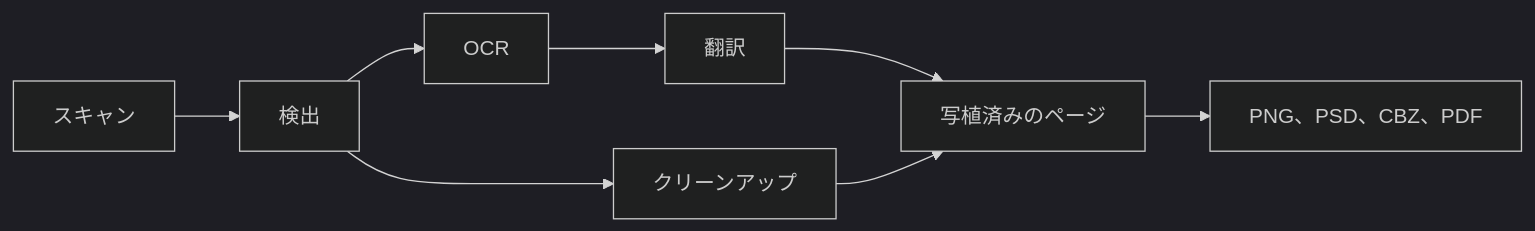
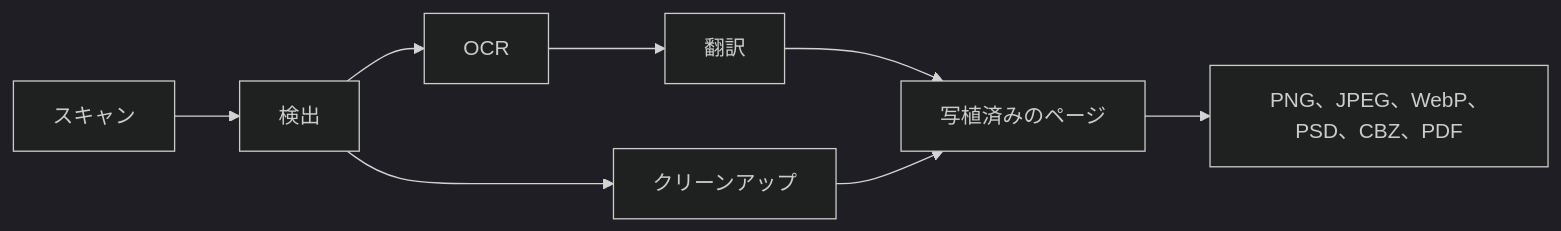
The diagram in packages/docs/ja/how-it-works/index.mdx (koharu-rs/koharu), drawn with Mermaid (dark theme) before and after one commit. The commit also changed 21 other files, not shown here.

Commit message:
feat(export): JPEG and WebP at the quality the export asks for, CBZs of either, and PNGs in only the channels a page needs (#932)

````diff
--- a/packages/docs/ja/how-it-works/index.mdx
+++ b/packages/docs/ja/how-it-works/index.mdx
@@ -9,9 +9,9 @@
 ```mermaid
 flowchart LR
   scan["スキャン"] --> detection["検出"]
   detection --> ocr["OCR"] --> translation["翻訳"]
   detection --> cleanup["クリーンアップ"]
   translation --> page["写植済みのページ"]
   cleanup --> page
-  page --> export["PNG、PSD、CBZ、PDF"]
+  page --> export["PNG、JPEG、WebP、PSD、CBZ、PDF"]
 ```
````
